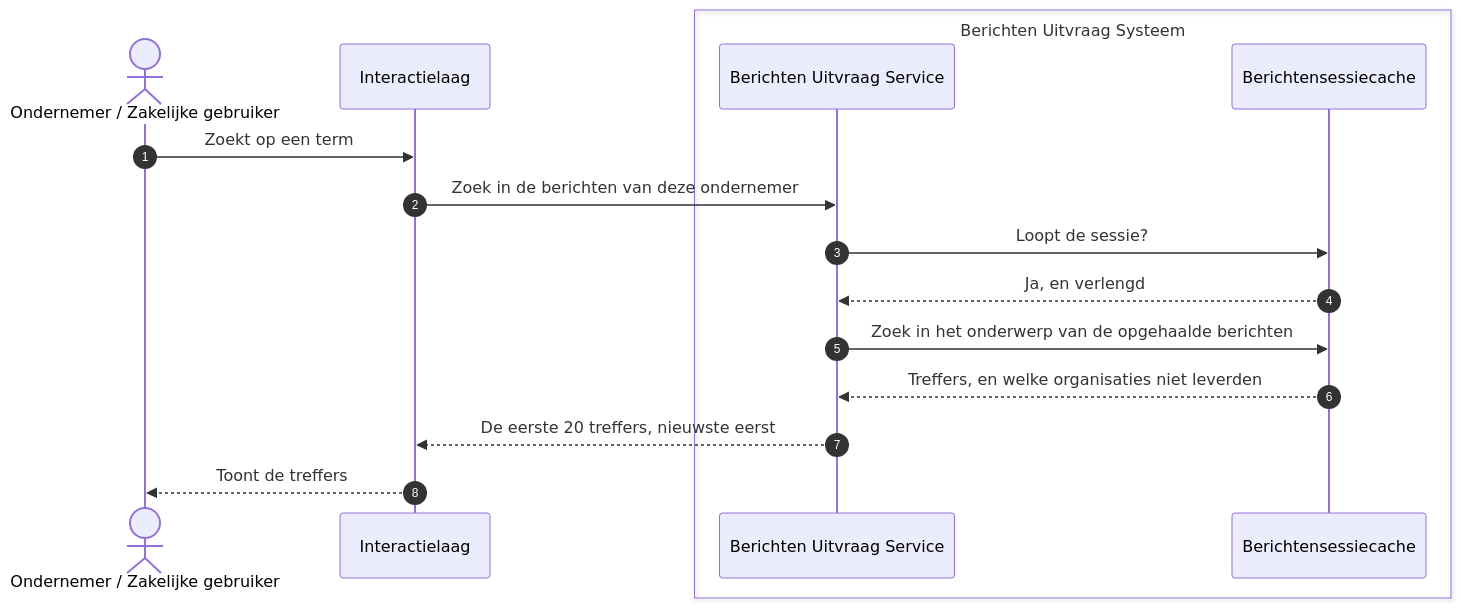
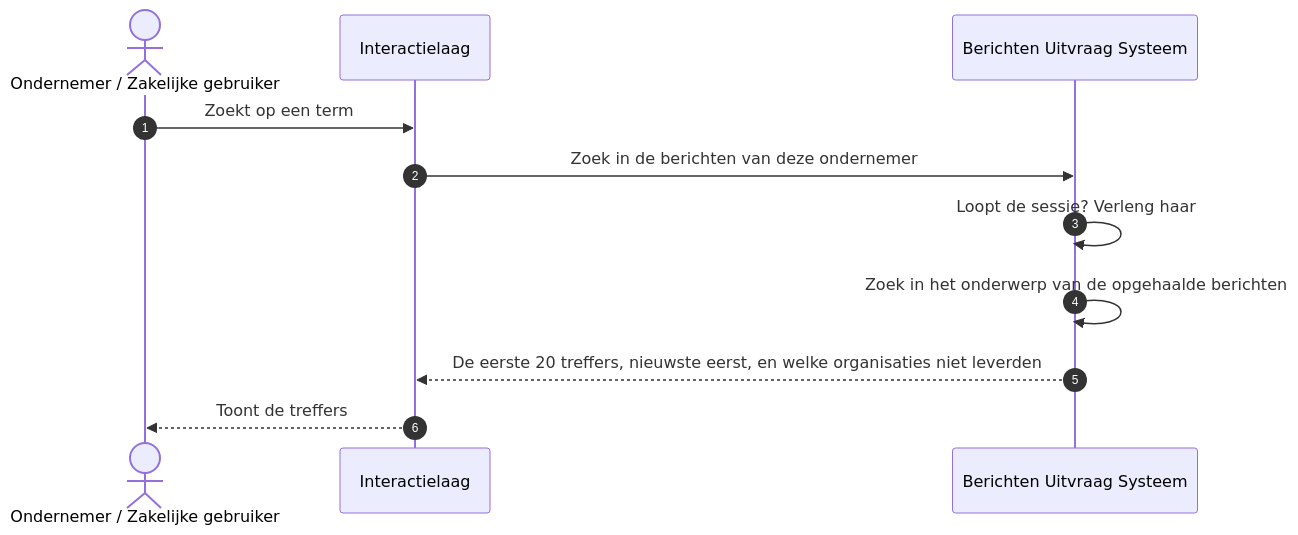
The diagram in docs/architecture/workspace-docs/08-uc4-zoeken.md (MinBZK/moza-poc-fbs-berichtenbox), drawn with Mermaid before and after one commit. The commit also changed other lines of this file and 16 other files, not shown here.

````diff
--- a/docs/architecture/workspace-docs/08-uc4-zoeken.md
+++ b/docs/architecture/workspace-docs/08-uc4-zoeken.md
@@ -26,19 +28,14 @@
 ```mermaid
 sequenceDiagram
     autonumber
     actor OND as Ondernemer / Zakelijke gebruiker
     participant IL as Interactielaag
-    box Berichten Uitvraag Systeem
-        participant UV as Berichten Uitvraag Service
-        participant SC as Berichtensessiecache
-    end
+    participant FBS as Berichten Uitvraag Systeem
 
     OND->>IL: Zoekt op een term
-    IL->>UV: Zoek in de berichten van deze ondernemer
-    UV->>SC: Loopt de sessie?
-    SC-->>UV: Ja, en verlengd
-    UV->>SC: Zoek in het onderwerp van de opgehaalde berichten
-    SC-->>UV: Treffers, en welke organisaties niet leverden
-    UV-->>IL: De eerste 20 treffers, nieuwste eerst
+    IL->>FBS: Zoek in de berichten van deze ondernemer
+    FBS->>FBS: Loopt de sessie? Verleng haar
+    FBS->>FBS: Zoek in het onderwerp van de opgehaalde berichten
+    FBS-->>IL: De eerste 20 treffers, nieuwste eerst, en welke organisaties niet leverden
     IL-->>OND: Toont de treffers
 ```
````
